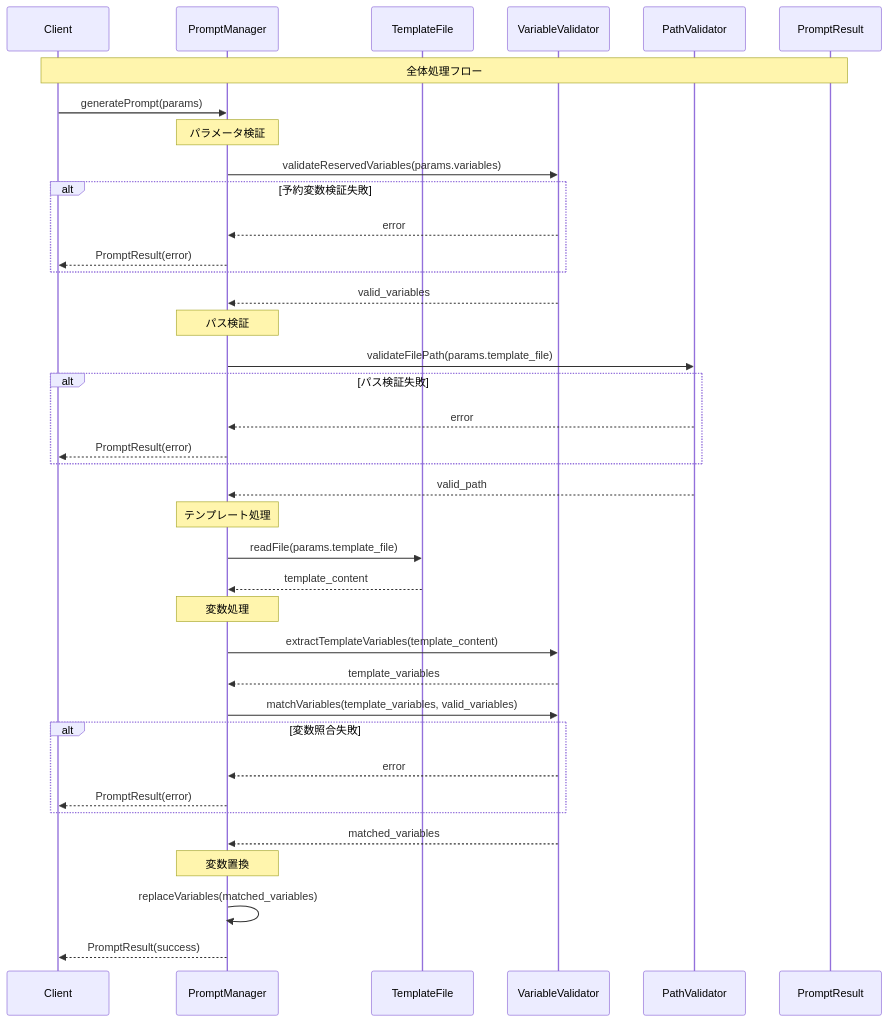
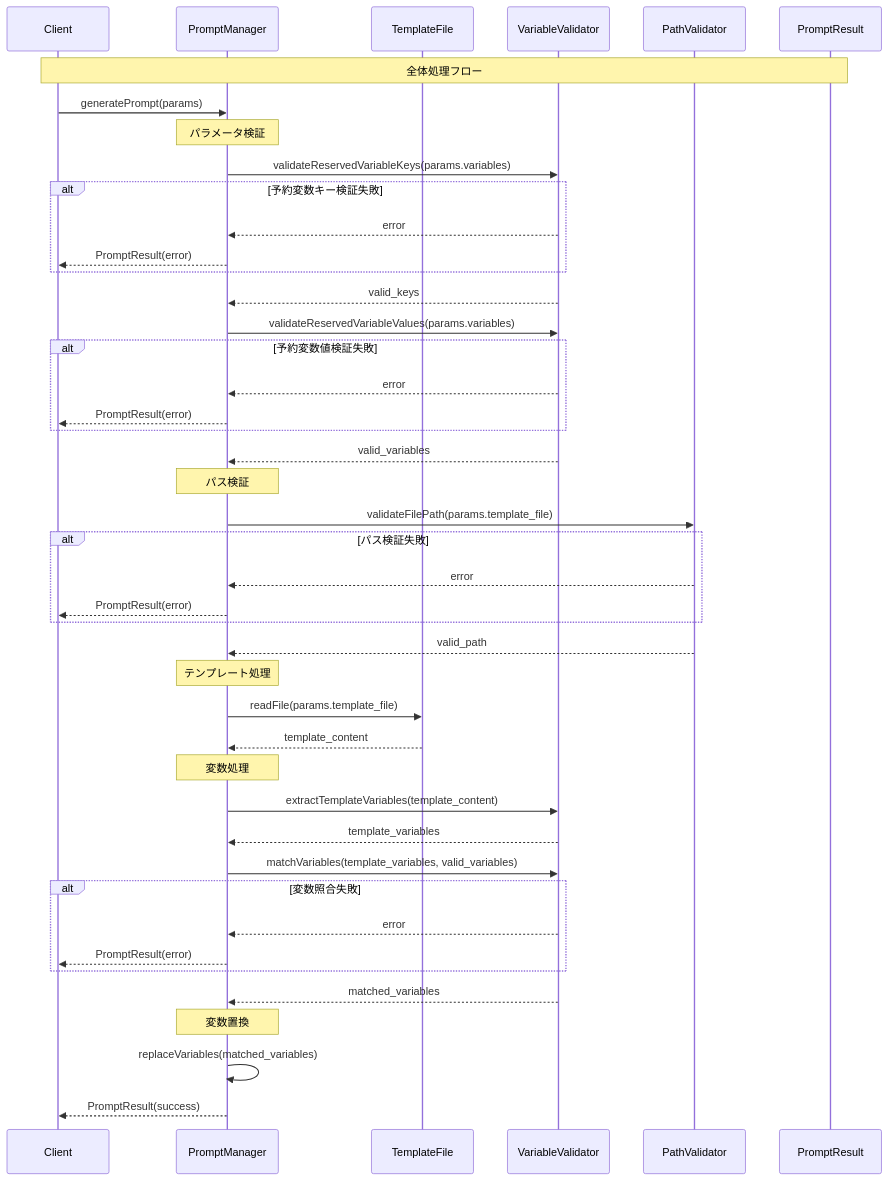
Before and after one commit to tettuan/breakdownprompt: the diagram in docs/uml/sequence_overview.md, drawn with Mermaid. The commit also changed 9 other files, not shown here.

Commit message:
docs: update UML diagrams to show reserved variable class hierarchy and common processing flow

````diff
--- a/docs/uml/sequence_overview.md
+++ b/docs/uml/sequence_overview.md
@@ -5,46 +5,53 @@
 ```mermaid
 sequenceDiagram
     participant Client
     participant PromptManager
     participant TemplateFile
     participant VariableValidator
     participant PathValidator
     participant PromptResult
 
     Note over Client,PromptResult: 全体処理フロー
     Client->>PromptManager: generatePrompt(params)
     
     Note over PromptManager: パラメータ検証
-    PromptManager->>VariableValidator: validateReservedVariables(params.variables)
-    alt 予約変数検証失敗
+    PromptManager->>VariableValidator: validateReservedVariableKeys(params.variables)
+    alt 予約変数キー検証失敗
+        VariableValidator-->>PromptManager: error
+        PromptManager-->>Client: PromptResult(error)
+    end
+    VariableValidator-->>PromptManager: valid_keys
+
+    PromptManager->>VariableValidator: validateReservedVariableValues(params.variables)
+    alt 予約変数値検証失敗
         VariableValidator-->>PromptManager: error
         PromptManager-->>Client: PromptResult(error)
     end
     VariableValidator-->>PromptManager: valid_variables
 
     Note over PromptManager: パス検証
     PromptManager->>PathValidator: validateFilePath(params.template_file)
     alt パス検証失敗
         PathValidator-->>PromptManager: error
         PromptManager-->>Client: PromptResult(error)
     end
     PathValidator-->>PromptManager: valid_path
 
     Note over PromptManager: テンプレート処理
     PromptManager->>TemplateFile: readFile(params.template_file)
     TemplateFile-->>PromptManager: template_content
 
     Note over PromptManager: 変数処理
     PromptManager->>VariableValidator: extractTemplateVariables(template_content)
     VariableValidator-->>PromptManager: template_variables
     PromptManager->>VariableValidator: matchVariables(template_variables, valid_variables)
     alt 変数照合失敗
         VariableValidator-->>PromptManager: error
         PromptManager-->>Client: PromptResult(error)
     end
     VariableValidator-->>PromptManager: matched_variables
 
     Note over PromptManager: 変数置換
     PromptManager->>PromptManager: replaceVariables(matched_variables)
     PromptManager-->>Client: PromptResult(success)
 ```
````
